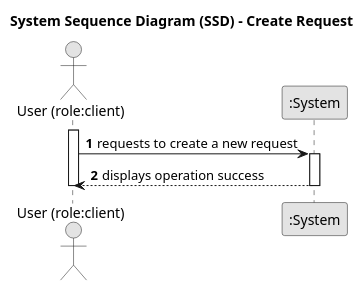
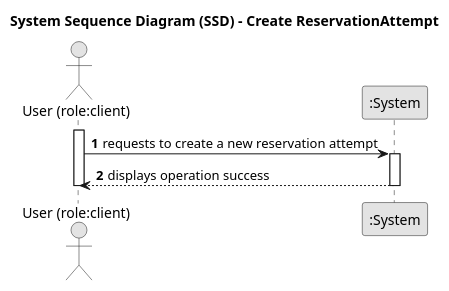
The diagram in Docs/US16/01-requirements-engineering/US16-SSD.puml (vivianeaalmeida/ComeAndGet), drawn with PlantUML before and after one commit. The commit also changed 25 other files, not shown here.

```diff
--- a/Docs/US16/01-requirements-engineering/US16-SSD.puml
+++ b/Docs/US16/01-requirements-engineering/US16-SSD.puml
@@ -1,22 +1,22 @@
 @startuml
 skinparam monochrome true
 skinparam packageStyle rectangle
 skinparam shadowing false
 
-title System Sequence Diagram (SSD) - Create Request
+title System Sequence Diagram (SSD) - Create ReservationAttempt
 
 autonumber
 
 actor "User (role:client)" as User
 participant ":System" as System
 
 activate User
 
-    User -> System : requests to create a new request
+    User -> System : requests to create a new reservation attempt
     activate System
 
         System --> User : displays operation success
     deactivate System
 
 deactivate User
 @enduml
```
